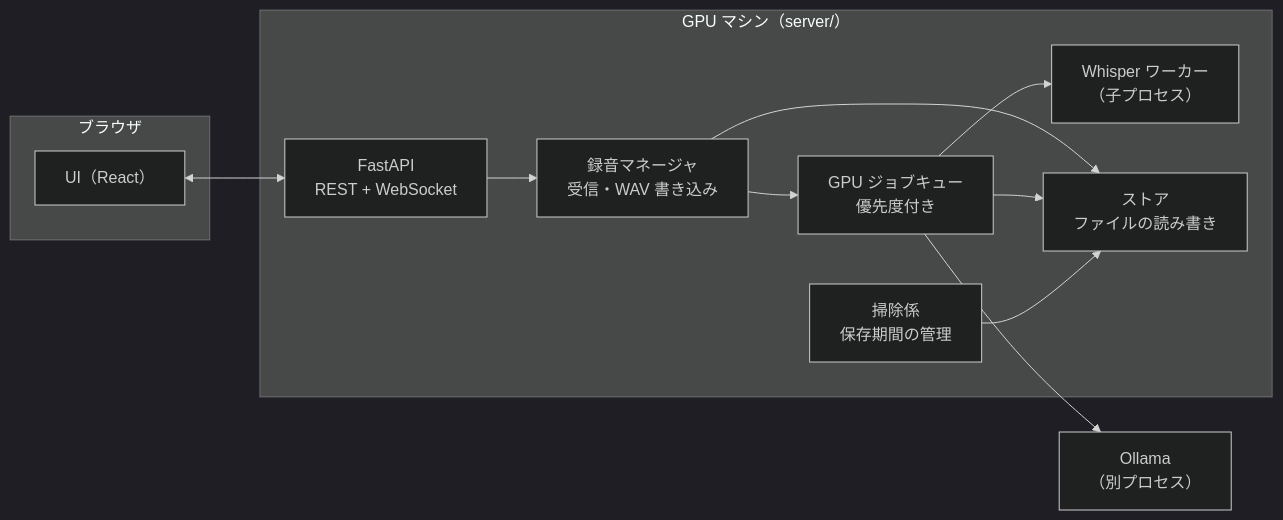
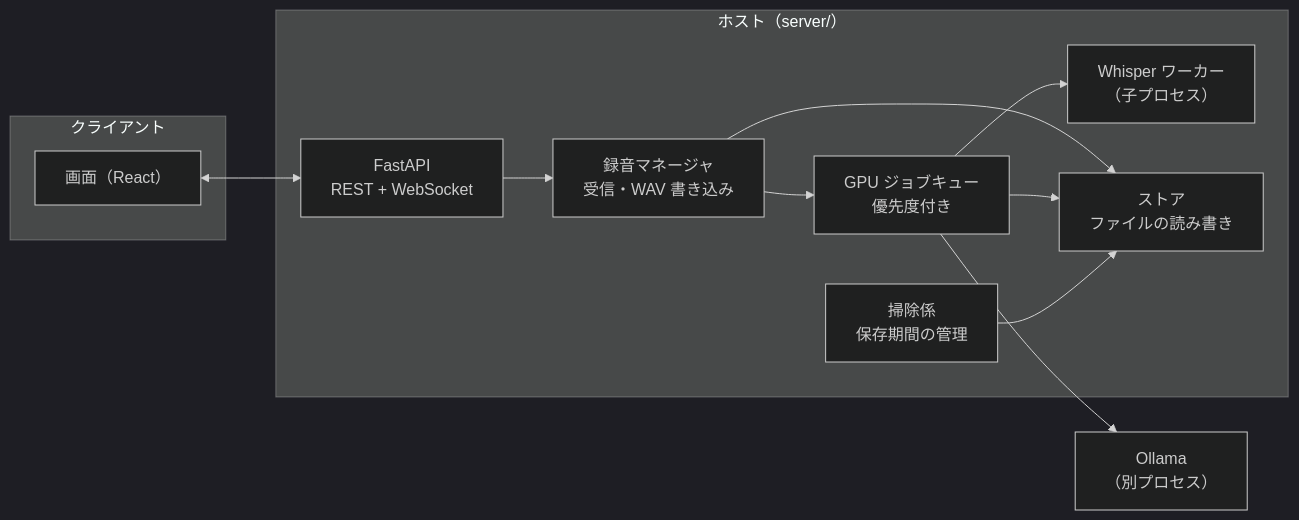
The first of 3 diagrams in docs/spec/flows.md (Studio-Takumi/remote-whisper), drawn with Mermaid (dark theme) before and after one commit. The commit also changed other lines of this file and 6 other files, not shown here.

````diff
--- a/docs/spec/flows.md
+++ b/docs/spec/flows.md
@@ -7,24 +7,24 @@
 ```mermaid
 flowchart LR
-    subgraph Browser["ブラウザ"]
-        UI["UI（React）"]
+    subgraph Browser["クライアント"]
+        UI["画面（React）"]
     end
-    subgraph Server["GPU マシン（server/）"]
+    subgraph Server["ホスト（server/）"]
         API["FastAPI<br/>REST + WebSocket"]
         Rec["録音マネージャ<br/>受信・WAV 書き込み"]
         Q["GPU ジョブキュー<br/>優先度付き"]
         WW["Whisper ワーカー<br/>（子プロセス）"]
         Store["ストア<br/>ファイルの読み書き"]
         Jan["掃除係<br/>保存期間の管理"]
     end
     Ollama["Ollama<br/>（別プロセス）"]
 
     UI <--> API
     API --> Rec
     Rec --> Store
     Rec --> Q
     Q --> WW
     Q --> Ollama
     Q --> Store
     Jan --> Store
 ```
````
